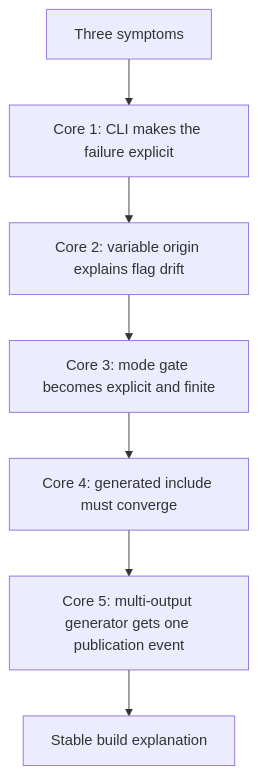
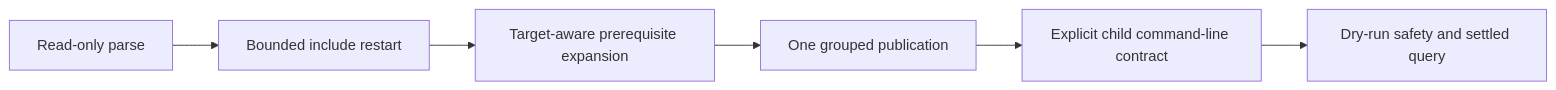
The fourth of 4 diagrams in programs/reproducible-research/deep-dive-make/course-book/module-04-rule-semantics-precedence-edge-cases/worked-example-diagnosing-semantic-failures.md (bijux/bijux-masterclass), drawn with Mermaid before and after one commit. The commit also changed other lines of this file, not shown here.

````diff
--- a/programs/reproducible-research/deep-dive-make/course-book/module-04-rule-semantics-precedence-edge-cases/worked-example-diagnosing-semantic-failures.md
+++ b/programs/reproducible-research/deep-dive-make/course-book/module-04-rule-semantics-precedence-edge-cases/worked-example-diagnosing-semantic-failures.md
@@ -370,9 +353,11 @@
 ```mermaid
-flowchart TD
-  symptom["Three symptoms"] --> cli["Core 1: CLI makes the failure explicit"]
-  cli --> variables["Core 2: variable origin explains flag drift"]
-  variables --> conditionals["Core 3: mode gate becomes explicit and finite"]
-  conditionals --> includes["Core 4: generated include must converge"]
-  includes --> rules["Core 5: multi-output generator gets one publication event"]
-  rules --> repair["Stable build explanation"]
+flowchart LR
+  parse["Read-only parse"]
+  restart["Bounded include restart"]
+  second["Target-aware prerequisite expansion"]
+  grouped["One grouped publication"]
+  child["Explicit child command-line contract"]
+  settled["Dry-run safety and settled query"]
+
+  parse --> restart --> second --> grouped --> child --> settled
 ```
````
